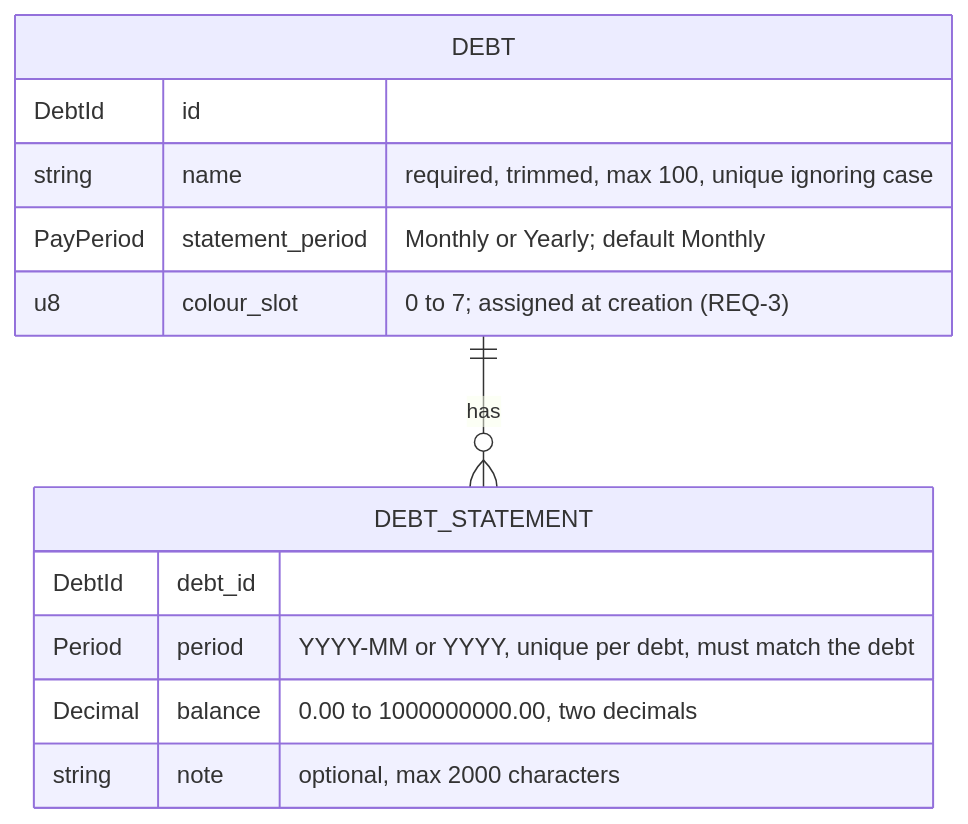
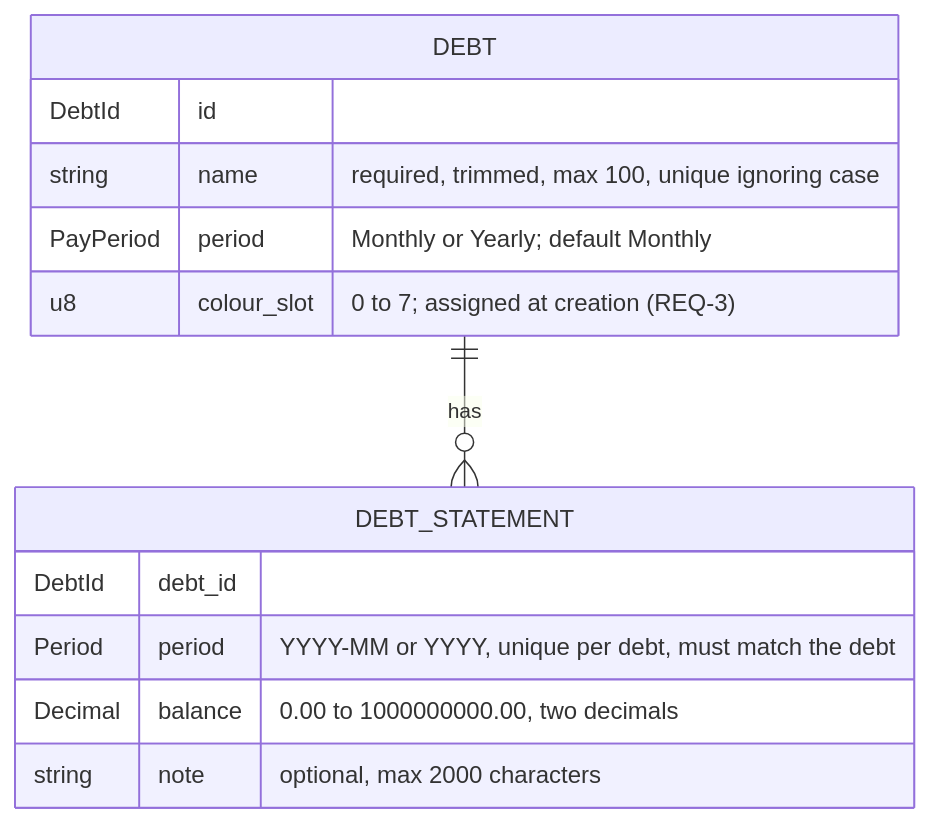
Before and after one commit to BardoelT/varde: the second of 2 diagrams in docs/csd/CSD-011-debts.md, drawn with Mermaid. The commit also changed other lines of this file and 7 other files, not shown here.

````diff
--- a/docs/csd/CSD-011-debts.md
+++ b/docs/csd/CSD-011-debts.md
@@ -991,16 +1088,16 @@
 ```mermaid
 erDiagram
     DEBT ||--o{ DEBT_STATEMENT : has
     DEBT {
         DebtId id
         string name "required, trimmed, max 100, unique ignoring case"
-        PayPeriod statement_period "Monthly or Yearly; default Monthly"
+        PayPeriod period "Monthly or Yearly; default Monthly"
         u8 colour_slot "0 to 7; assigned at creation (REQ-3)"
     }
     DEBT_STATEMENT {
         DebtId debt_id
         Period period "YYYY-MM or YYYY, unique per debt, must match the debt"
         Decimal balance "0.00 to 1000000000.00, two decimals"
         string note "optional, max 2000 characters"
     }
 ```
````
